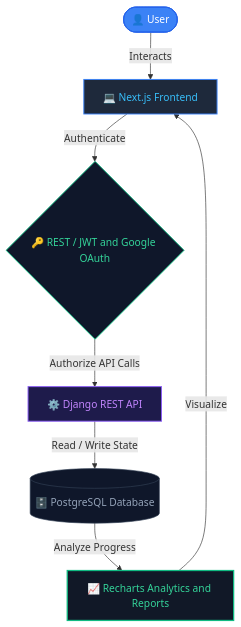
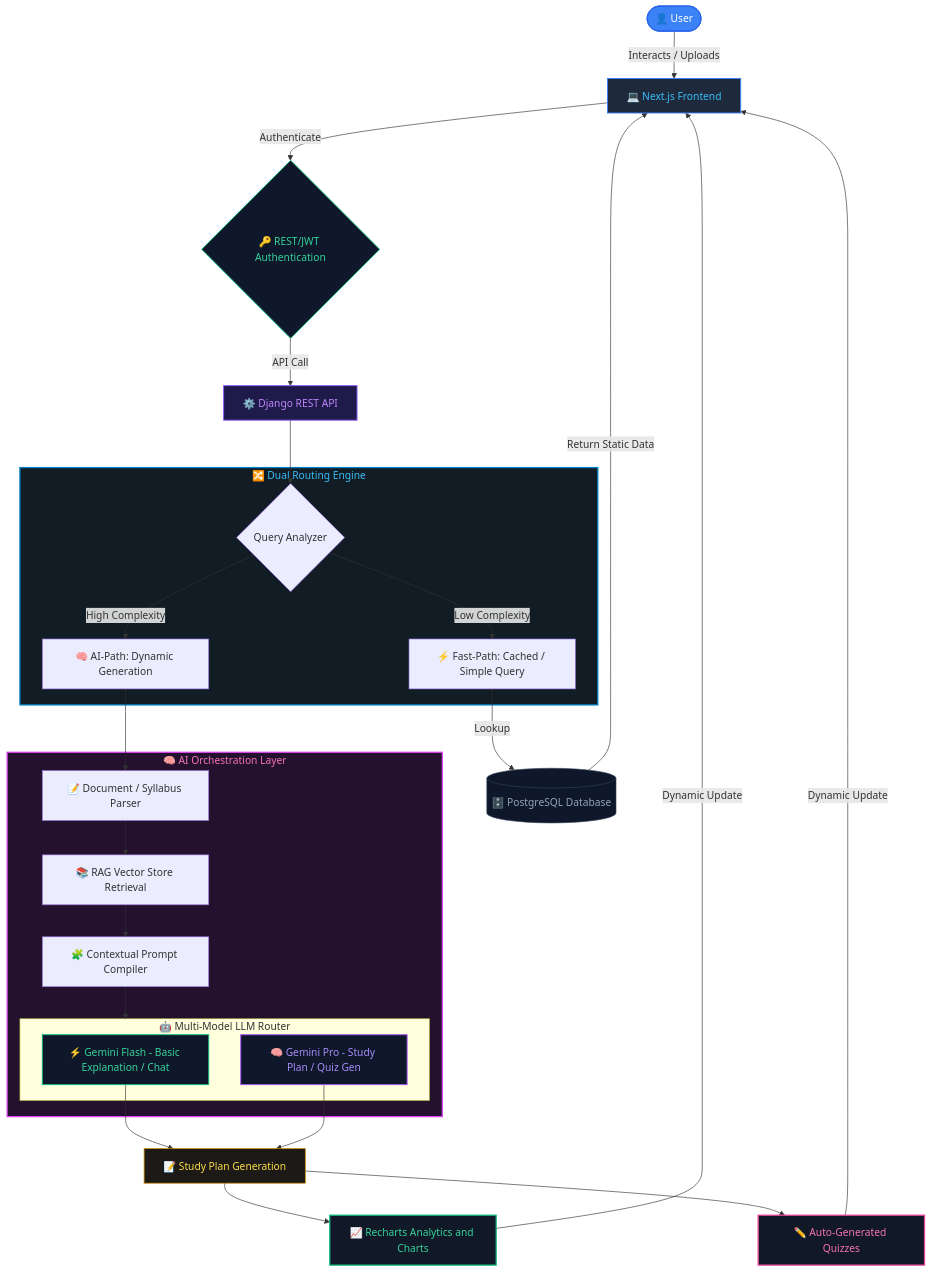
The second of 2 diagrams in README.md (anshulsharma200817-svg/anshulsharma200817-svg), drawn with Mermaid before and after one commit. The commit also changed other lines of this file, not shown here.

Commit message:
feat(design): add detailed AI orchestration and dual routing flow chart to Study Planner

````diff
--- a/README.md
+++ b/README.md
@@ -130,26 +130,79 @@
 ```mermaid
 graph TD
-    %% Node Definitions
+    %% Entry
     User([👤 User])
     Frontend[💻 Next.js Frontend]
-    Auth{🔑 REST / JWT and Google OAuth}
+    Auth{🔑 REST/JWT Authentication}
     API[⚙️ Django REST API]
+
+    %% Dual Routing Engine
+    subgraph Routing[🔀 Dual Routing Engine]
+        Decision{Query Analyzer}
+        CachePath[⚡ Fast-Path: Cached / Simple Query]
+        AIPath[🧠 AI-Path: Dynamic Generation]
+    end
+
+    %% Storage / Database Layer
     DB[(🗄️ PostgreSQL Database)]
-    Analytics[📈 Recharts Analytics and Reports]
 
-    %% Flow Layout
-    User -->|Interacts| Frontend
+    %% AI Orchestration Layer
+    subgraph Orchestrator[🧠 AI Orchestration Layer]
+        SyllabusParser[📝 Document / Syllabus Parser]
+        RAG[📚 RAG Vector Store Retrieval]
+        PromptCompiler[🧩 Contextual Prompt Compiler]
+        
+        subgraph LLMRouter[🤖 Multi-Model LLM Router]
+            Flash[⚡ Gemini Flash - Basic Explanation / Chat]
+            Pro[🧠 Gemini Pro - Study Plan / Quiz Gen]
+        end
+    end
+
+    %% Outputs
+    StudyPlan[📝 Study Plan Generation]
+    Analytics[📈 Recharts Analytics and Charts]
+    Quizzes[✏️ Auto-Generated Quizzes]
+
+    %% Connections
+    User -->|Interacts / Uploads| Frontend
     Frontend -->|Authenticate| Auth
-    Auth -->|Authorize API Calls| API
-    API -->|Read / Write State| DB
-    DB -->|Analyze Progress| Analytics
-    Analytics -->|Visualize| Frontend
+    Auth -->|API Call| API
+    
+    %% Dual Routing Flow
+    API --> Decision
+    Decision -->|Low Complexity| CachePath
+    Decision -->|High Complexity| AIPath
+    
+    %% Paths
+    CachePath -->|Lookup| DB
+    DB -->|Return Static Data| Frontend
+    
+    AIPath --> SyllabusParser
+    SyllabusParser --> RAG
+    RAG --> PromptCompiler
+    PromptCompiler --> LLMRouter
+    
+    %% LLM Out
+    Flash --> StudyPlan
+    Pro --> StudyPlan
+    StudyPlan --> Analytics
+    StudyPlan --> Quizzes
+    Analytics -->|Dynamic Update| Frontend
+    Quizzes -->|Dynamic Update| Frontend
 
-    %% Node Custom Styles (Matching GitHub Dark Mode)
+    %% Styles
     style User fill:#3b82f6,stroke:#2563eb,stroke-width:1.5px,color:#fff
     style Frontend fill:#1e293b,stroke:#3b82f6,stroke-width:1.5px,color:#38bdf8
     style Auth fill:#0f172a,stroke:#10b981,stroke-width:1.5px,color:#34d399
     style API fill:#1e1b4b,stroke:#8b5cf6,stroke-width:1.5px,color:#c084fc
     style DB fill:#0f172a,stroke:#334155,stroke-width:1px,color:#94a3b8
+    
+    style Routing fill:#111c24,stroke:#0284c7,stroke-width:2px,color:#38bdf8
+    style Orchestrator fill:#24112e,stroke:#d946ef,stroke-width:2px,color:#f472b6
+    
+    style Flash fill:#0f172a,stroke:#10b981,stroke-width:1.5px,color:#34d399
+    style Pro fill:#0f172a,stroke:#a855f7,stroke-width:1.5px,color:#a78bfa
+    
+    style StudyPlan fill:#1c1917,stroke:#ca8a04,stroke-width:1.2px,color:#fde047
     style Analytics fill:#111827,stroke:#10b981,stroke-width:2px,color:#34d399
+    style Quizzes fill:#111827,stroke:#ec4899,stroke-width:2px,color:#f472b6
 ```
````
